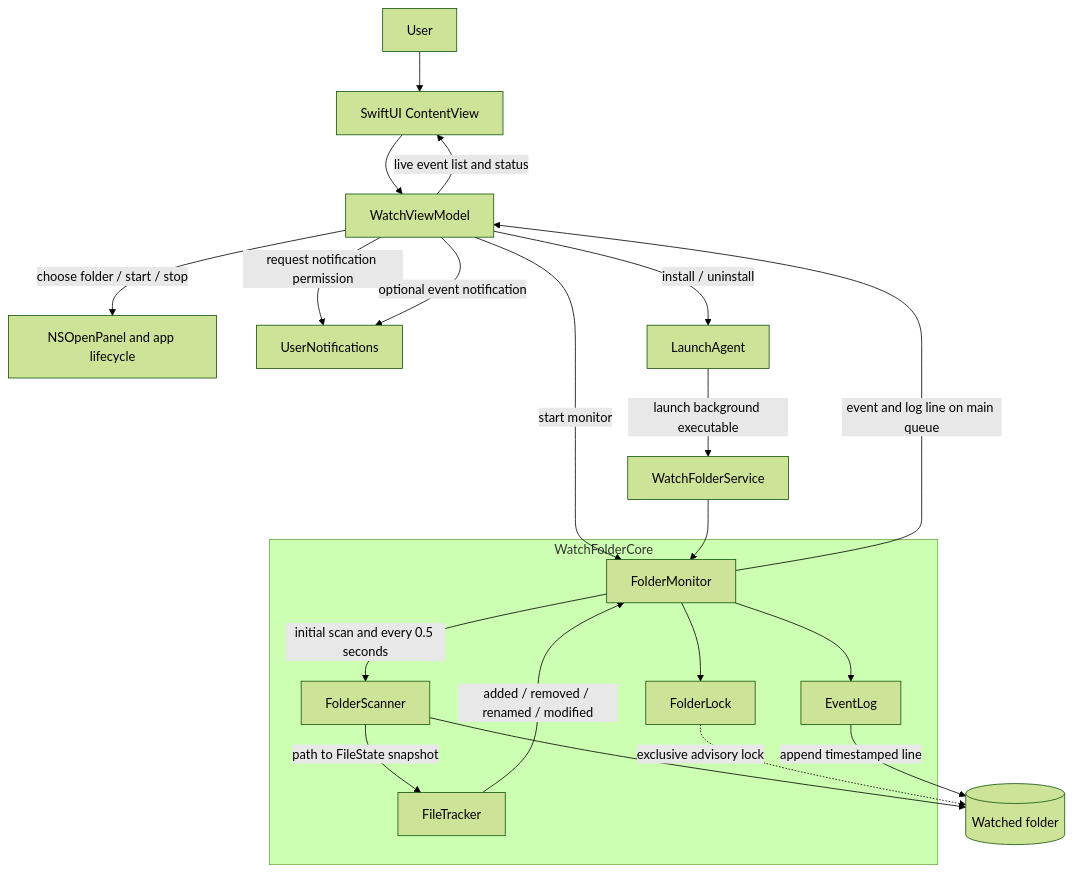
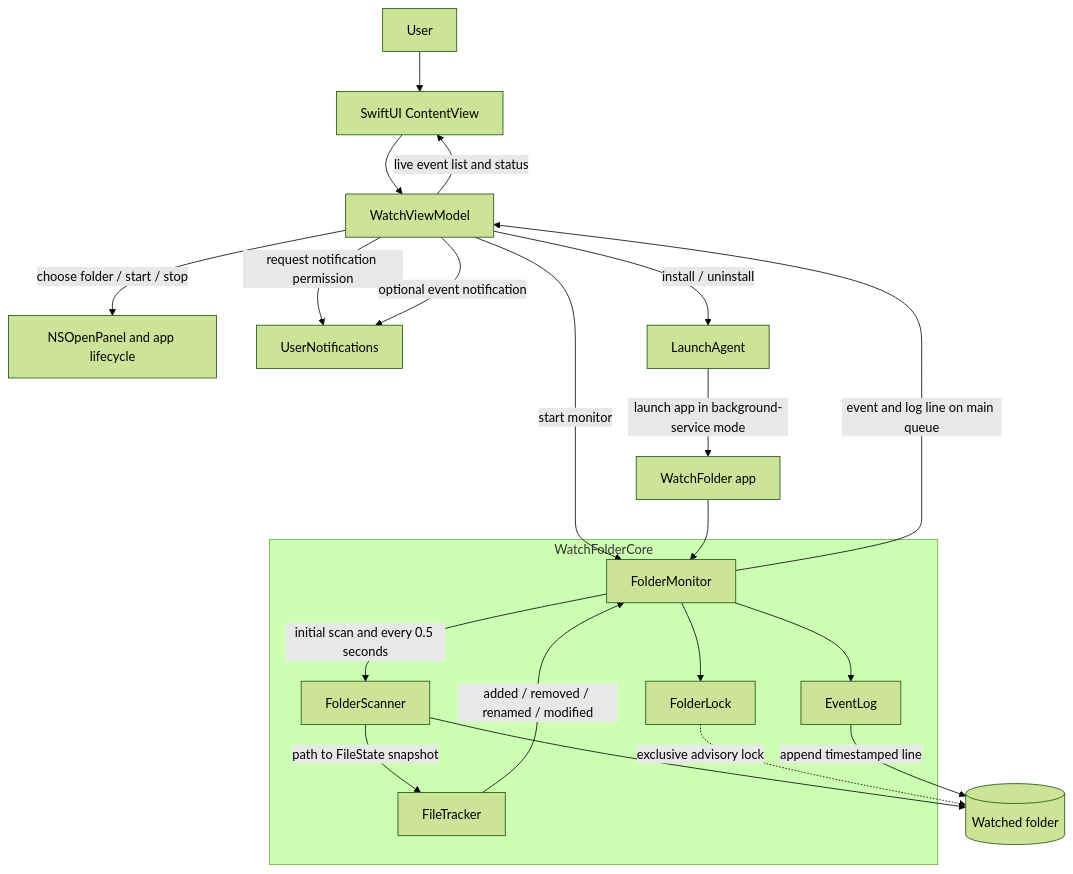
Before and after one commit to justPaulo/WatchFolderApp: the diagram in ARCHITECTURE.md, drawn with Mermaid (forest theme). The commit also changed other lines of this file and 8 other files, not shown here.

````diff
--- a/ARCHITECTURE.md
+++ b/ARCHITECTURE.md
@@ -7,26 +7,26 @@
 ```mermaid
 flowchart TD
     User[User] --> UI[SwiftUI ContentView]
     UI --> VM[WatchViewModel]
     VM -->|choose folder / start / stop| AppKit[NSOpenPanel and app lifecycle]
     VM -->|request notification permission| Notifications[UserNotifications]
     VM -->|start monitor| Monitor[FolderMonitor]
     VM -->|install / uninstall| Service[LaunchAgent]
-    Service -->|launch background executable| ServiceMonitor[WatchFolderService]
+    Service -->|launch app in background-service mode| ServiceMonitor[WatchFolder app]
     ServiceMonitor --> Monitor
 
     subgraph Core[WatchFolderCore]
         Monitor -->|initial scan and every 0.5 seconds| Scanner[FolderScanner]
         Scanner -->|path to FileState snapshot| Tracker[FileTracker]
         Tracker -->|added / removed / renamed / modified| Monitor
         Monitor --> Lock[FolderLock]
         Monitor --> Log[EventLog]
     end
 
     Scanner --> FS[(Watched folder)]
     Lock -.->|exclusive advisory lock| FS
     Log -->|append timestamped line| FS
     Monitor -->|event and log line on main queue| VM
     VM -->|live event list and status| UI
     VM -->|optional event notification| Notifications
 ```
````
